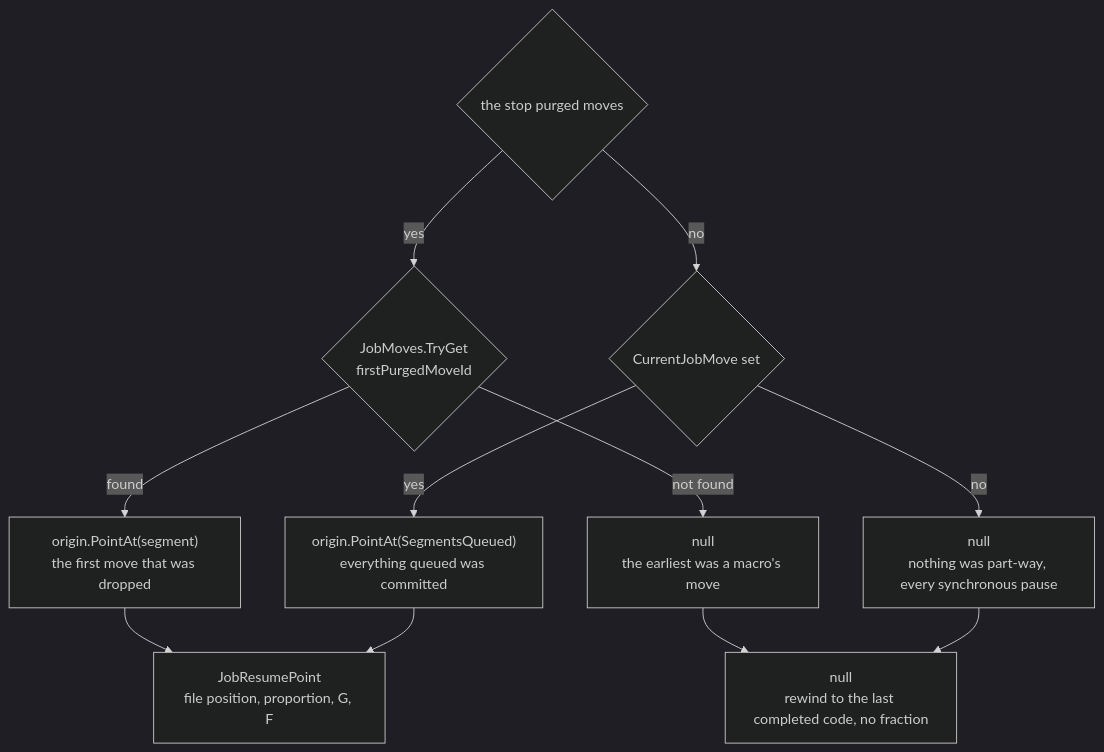
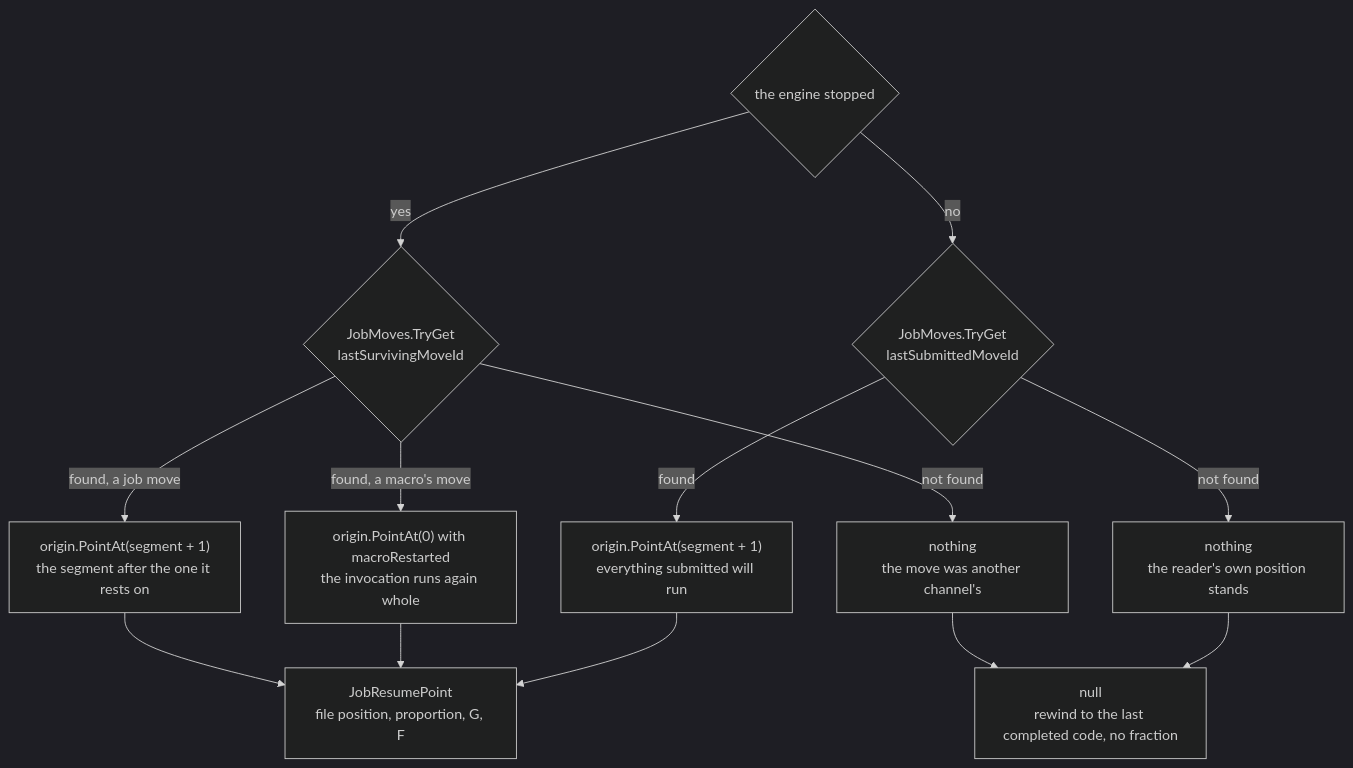
One commit to Duet3D/DuetSoftwareFramework changed the third of 5 diagrams in src/Documentation/articles/pause-and-resume.md. Above: the diagram before and after it, drawn with Mermaid (dark theme). The commit also changed other lines of this file and 29 other files, not shown here.

````diff
--- a/src/Documentation/articles/pause-and-resume.md
+++ b/src/Documentation/articles/pause-and-resume.md
@@ -198,14 +208,16 @@
 ```mermaid
 flowchart TD
-    A{"the stop purged moves"}
-    A -- yes --> B{"JobMoves.TryGet<br/>firstPurgedMoveId"}
-    A -- no --> C{"CurrentJobMove set"}
-    B -- found --> D["origin.PointAt(segment)<br/>the first move that was dropped"]
-    B -- not found --> E["null<br/>the earliest was a macro's move"]
-    C -- yes --> F["origin.PointAt(SegmentsQueued)<br/>everything queued was committed"]
-    C -- no --> G["null<br/>nothing was part-way, every synchronous pause"]
+    A{"the engine stopped"}
+    A -- yes --> B{"JobMoves.TryGet<br/>lastSurvivingMoveId"}
+    A -- no --> C{"JobMoves.TryGet<br/>lastSubmittedMoveId"}
+    B -- found, a job move --> D["origin.PointAt(segment + 1)<br/>the segment after the one it rests on"]
+    B -- found, a macro's move --> M["origin.PointAt(0) with macroRestarted<br/>the invocation runs again whole"]
+    B -- not found --> E["nothing<br/>the move was another channel's"]
+    C -- found --> F["origin.PointAt(segment + 1)<br/>everything submitted will run"]
+    C -- not found --> G["nothing<br/>the reader's own position stands"]
     D --> H["JobResumePoint<br/>file position, proportion, G, F"]
+    M --> H
     F --> H
     E --> I["null<br/>rewind to the last completed code, no fraction"]
     G --> I
 ```
````
